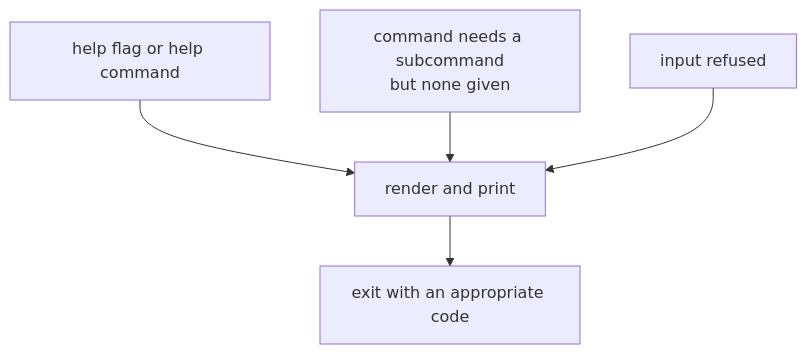
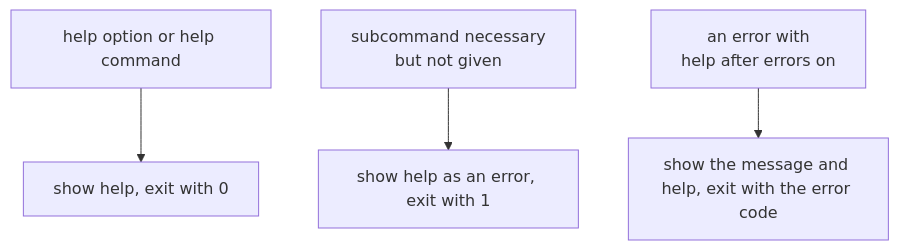
The fourth of 4 diagrams in docs/examples/commander/.cluedoc/help-generation/README.md (KeunwooPark/cluedoc), drawn with Mermaid before and after one commit. The commit also changed other lines of this file and 22 other files, not shown here.

````diff
--- a/docs/examples/commander/.cluedoc/help-generation/README.md
+++ b/docs/examples/commander/.cluedoc/help-generation/README.md
@@ -70,7 +104,6 @@
 ```mermaid
 flowchart TD
-    T1["help flag or help command"] --> SHOW["render and print"]
-    T2["command needs a subcommand<br/>but none given"] --> SHOW
-    T3["input refused"] --> SHOW
-    SHOW --> EXIT["exit with an appropriate code"]
+    T1["help option or help command"] --> SHOW1["show help, exit with 0"]
+    T2["subcommand necessary<br/>but not given"] --> SHOW2["show help as an error, exit with 1"]
+    T3["an error with<br/>help after errors on"] --> SHOW3["show the message and help, exit with the error code"]
 ```
````
